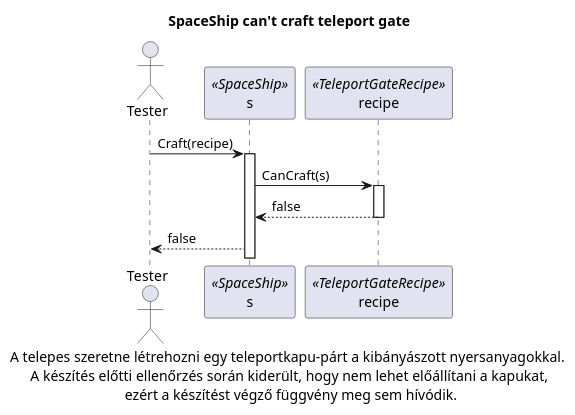
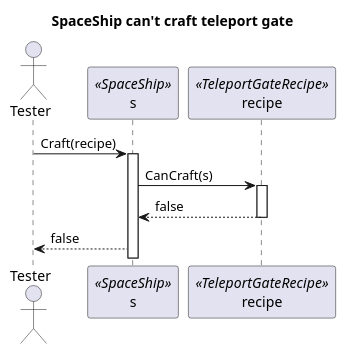
The diagram in docs/Skeleton/diagrams/Craft_teleport_gate/sequence/4.Cant_craft_gate.puml (viseguard-studios/Documentation), drawn with PlantUML before and after one commit. The commit also changed 14 other files, not shown here.

Commit message:
update uml

```diff
--- a/docs/Skeleton/diagrams/Craft_teleport_gate/sequence/4.Cant_craft_gate.puml
+++ b/docs/Skeleton/diagrams/Craft_teleport_gate/sequence/4.Cant_craft_gate.puml
@@ -1,20 +1,20 @@
 @startuml
 
 actor Tester as Tester
 participant s as s <<SpaceShip>>
 participant recipe as recipe <<TeleportGateRecipe>>
 
 
 title SpaceShip can't craft teleport gate
 
 Tester -> s++: Craft(recipe)
 
 s-> recipe++: CanCraft(s)
 recipe --> s --: false
 
 s--> Tester: false
 
-caption  A telepes szeretne létrehozni egy teleportkapu-párt a kibányászott nyersanyagokkal. \n A készítés előtti ellenőrzés során kiderült, hogy nem lehet előállítani a kapukat, \n ezért a készítést végző függvény meg sem hívódik. 
+
 
 
 @enduml
```
